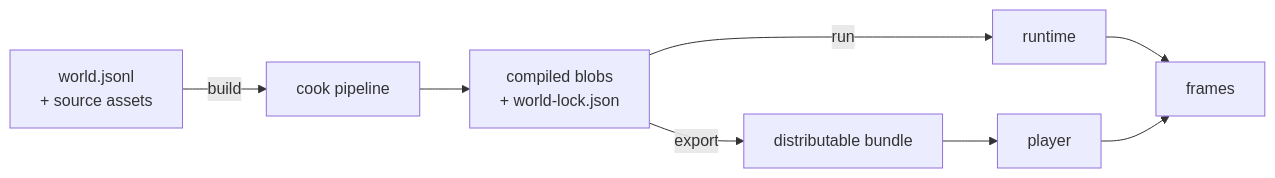
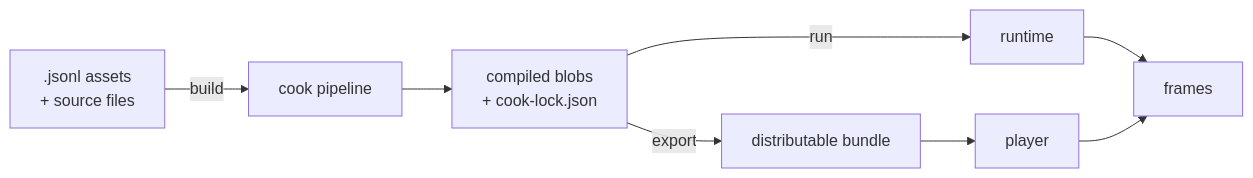
One commit to concinnitygg/concinnity changed the first of 6 diagrams in docs/spec.md. Above: the diagram before and after it, drawn with Mermaid. The commit also changed other lines of this file and 1220 other files, not shown here.

````diff
--- a/docs/spec.md
+++ b/docs/spec.md
@@ -67,10 +67,10 @@
 ```mermaid
 flowchart LR
-    A["world.jsonl<br/>+ source assets"] -->|build| B["cook pipeline"]
-    B --> C["compiled blobs<br/>+ world-lock.json"]
+    A[".jsonl assets<br/>+ source files"] -->|build| B["cook pipeline"]
+    B --> C["compiled blobs<br/>+ cook-lock.json"]
     C -->|run| D["runtime"]
     C -->|export| E["distributable bundle"]
     E --> F["player"]
     D --> G["frames"]
     F --> G
 ```
````
